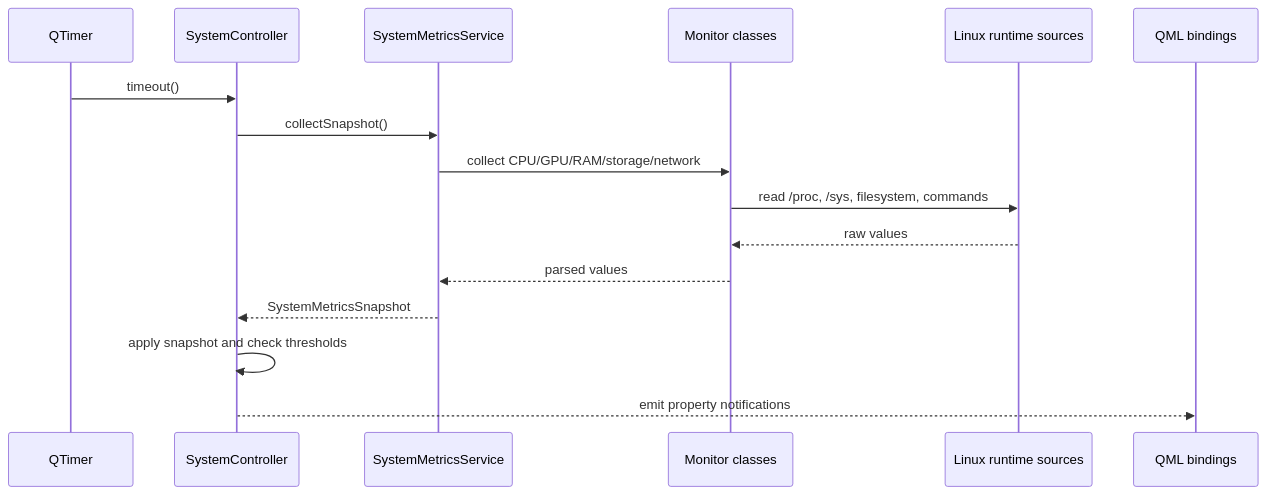
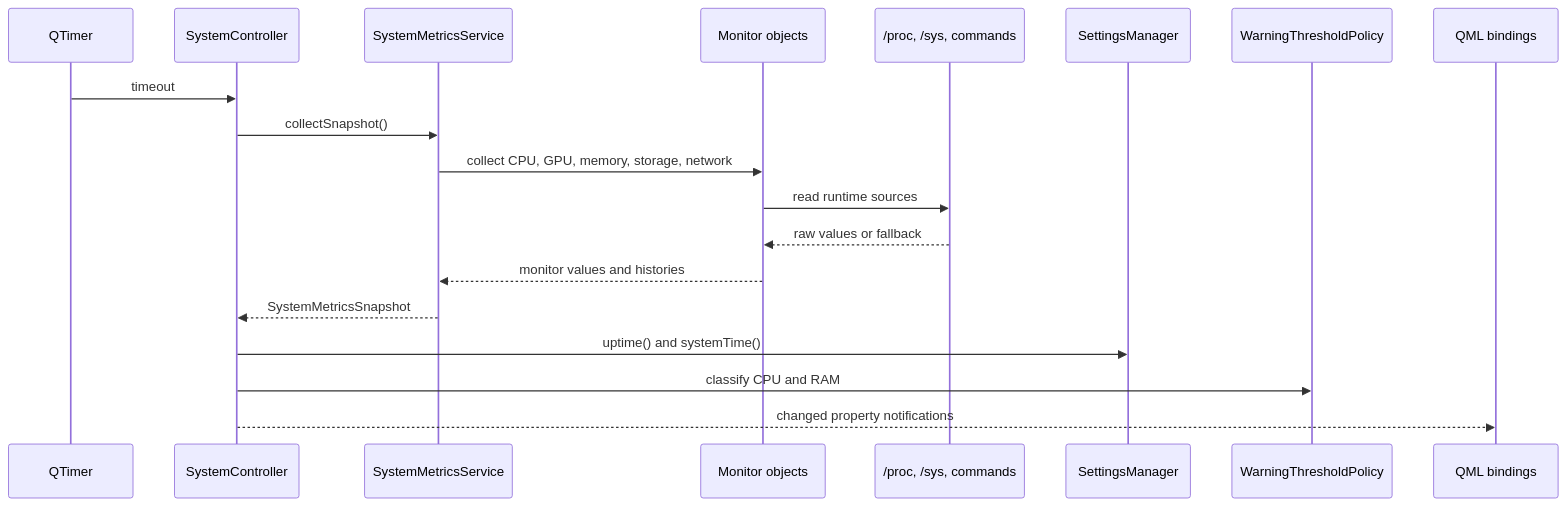
The fourth of 8 diagrams in docs/diagrams.md (tungnhs2014/Real-Time-System-Monitor), drawn with Mermaid before and after one commit. The commit also changed other lines of this file and 106 other files, not shown here.

````diff
--- a/docs/diagrams.md
+++ b/docs/diagrams.md
@@ -73,19 +85,22 @@
 ```mermaid
 sequenceDiagram
     participant Timer as QTimer
-    participant Ctrl as SystemController
-    participant Service as SystemMetricsService
-    participant Monitors as Monitor classes
-    participant Linux as Linux runtime sources
+    participant Controller as SystemController
+    participant Metrics as SystemMetricsService
+    participant Monitors as Monitor objects
+    participant Linux as /proc, /sys, commands
+    participant Settings as SettingsManager
+    participant Policy as WarningThresholdPolicy
     participant QML as QML bindings
 
-    Timer->>Ctrl: timeout()
-    Ctrl->>Service: collectSnapshot()
-    Service->>Monitors: collect CPU/GPU/RAM/storage/network
-    Monitors->>Linux: read /proc, /sys, filesystem, commands
-    Linux-->>Monitors: raw values
-    Monitors-->>Service: parsed values
-    Service-->>Ctrl: SystemMetricsSnapshot
-    Ctrl->>Ctrl: apply snapshot and check thresholds
-    Ctrl-->>QML: emit property notifications
+    Timer->>Controller: timeout
+    Controller->>Metrics: collectSnapshot()
+    Metrics->>Monitors: collect CPU, GPU, memory, storage, network
+    Monitors->>Linux: read runtime sources
+    Linux-->>Monitors: raw values or fallback
+    Monitors-->>Metrics: monitor values and histories
+    Metrics-->>Controller: SystemMetricsSnapshot
+    Controller->>Settings: uptime() and systemTime()
+    Controller->>Policy: classify CPU and RAM
+    Controller-->>QML: changed property notifications
 ```
````
